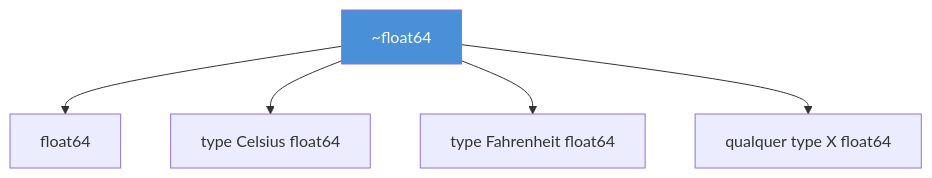
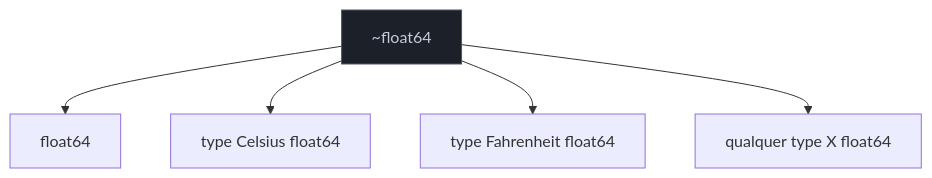
The third of 3 diagrams in 03-Dominios/Tecnologia/Go/06 - Generics/03 - Constraints.md (josenaldo/codex-technomanticus), drawn with Mermaid before and after one commit. The commit also changed other lines of this file and 1181 other files, not shown here.

First line of the commit message:
fix(diagramas): paleta do sistema no lugar de cor cravada no markdown

````diff
--- a/03-Dominios/Tecnologia/Go/06 - Generics/03 - Constraints.md
+++ b/03-Dominios/Tecnologia/Go/06 - Generics/03 - Constraints.md
@@ -143,9 +147,10 @@
 ```mermaid
 flowchart TB
+    classDef neutro fill:#1B2029,stroke:#4E5666,color:#C6CCD8
     A["~float64"] --> B["float64"]
     A --> C["type Celsius float64"]
     A --> D["type Fahrenheit float64"]
     A --> E["qualquer type X float64"]
 
-    style A fill:#4A90D9,color:#fff
+    class A neutro
 ```
````
